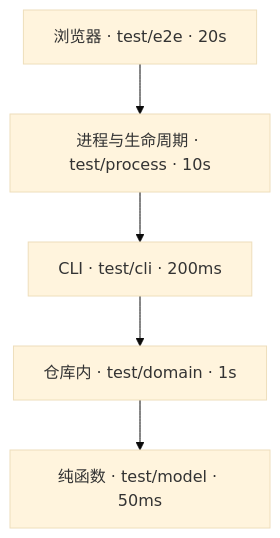
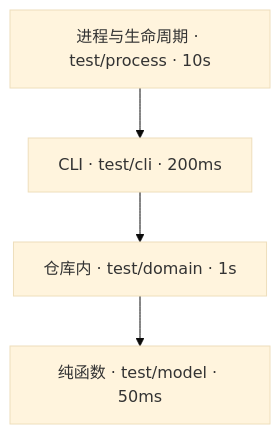
The diagram in docs/engineering/testing/README.md (CorrectRoadH/Concord), drawn with Mermaid (base theme) before and after one commit. The commit also changed other lines of this file and 162 other files, not shown here.

````diff
--- a/docs/engineering/testing/README.md
+++ b/docs/engineering/testing/README.md
@@ -76,9 +77,8 @@
 ```mermaid
 flowchart TB
-  E2E["浏览器 · test/e2e · 20s"]
   PROC["进程与生命周期 · test/process · 10s"]
   CLI["CLI · test/cli · 200ms"]
   REPO["仓库内 · test/domain · 1s"]
   PURE["纯函数 · test/model · 50ms"]
-  E2E --> PROC --> CLI --> REPO --> PURE
+  PROC --> CLI --> REPO --> PURE
 ```
````
